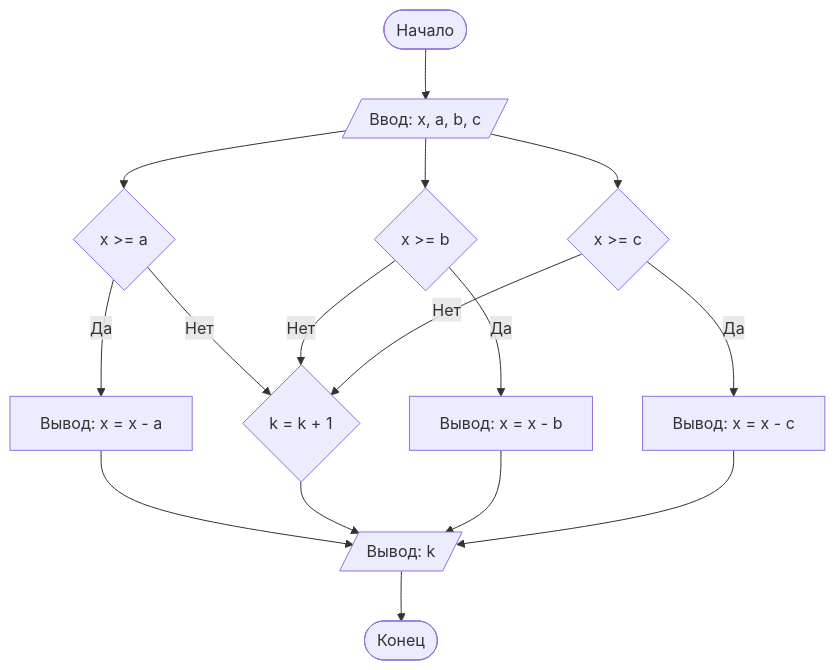
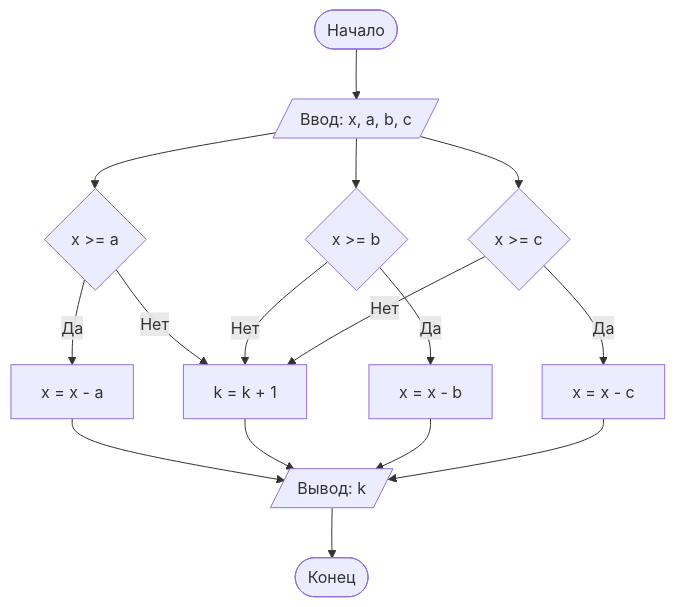
The diagram in README.md (Yelps7/LabExample), drawn with Mermaid before and after one commit. The commit also changed other lines of this file, not shown here.

````diff
--- a/README.md
+++ b/README.md
@@ -84,20 +84,20 @@
 ```mermaid
 graph TD;
  A([Начало]) --> B[/Ввод: x, a, b, c/]; 
  B --> C{x >= a}; 
  B --> D{x >= b}; 
  B --> E{x >= c}; 
- C -- Да --> F[Вывод: x = x - a]; 
- C -- Нет --> L{k = k + 1}; 
- D -- Да --> M[Вывод: x = x - b]; 
- D -- Нет --> L{k = k + 1}; 
- E -- Да --> N[Вывод: x = x - c]; 
- E -- Нет --> L{k = k + 1}; 
+ C -- Да --> F[x = x - a]; 
+ C -- Нет --> L[k = k + 1]; 
+ D -- Да --> M[x = x - b]; 
+ D -- Нет --> L[k = k + 1]; 
+ E -- Да --> N[x = x - c]; 
+ E -- Нет --> L[k = k + 1]; 
  F --> O[/Вывод: k/] 
  L --> O[/Вывод: k/] 
  M --> O[/Вывод: k/] 
  N --> O[/Вывод: k/] 
  O --> J([Конец]) 
 
 
 ```
````
